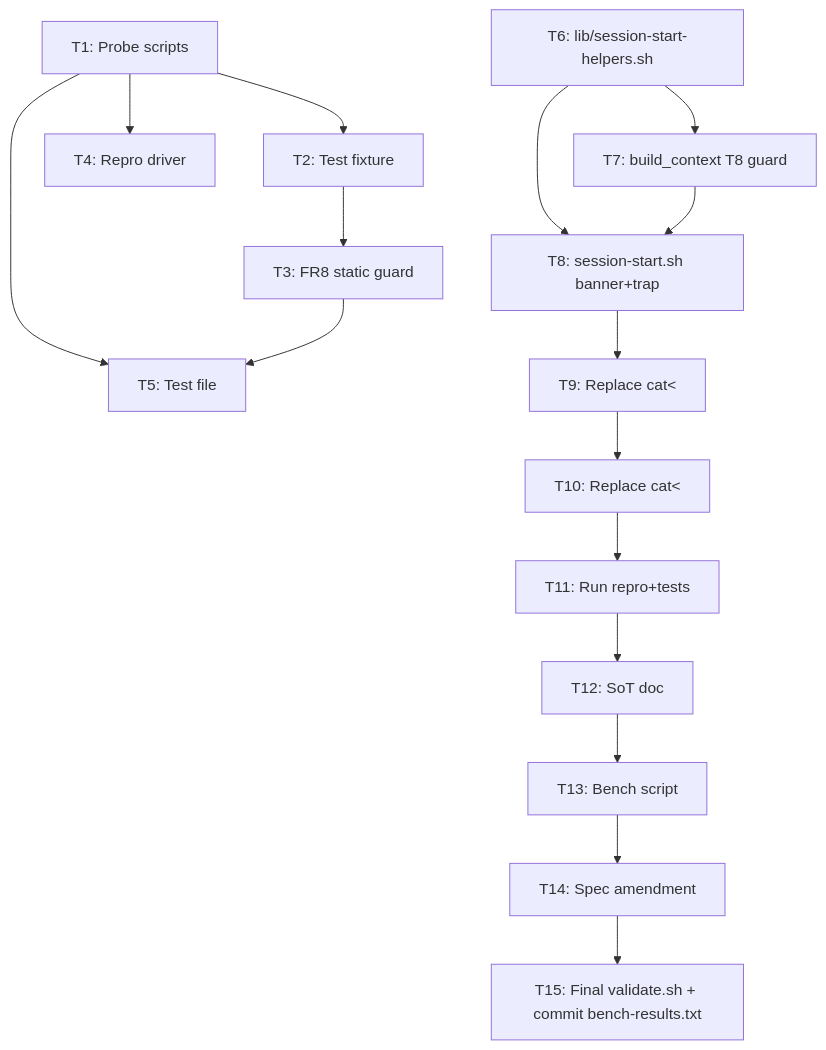
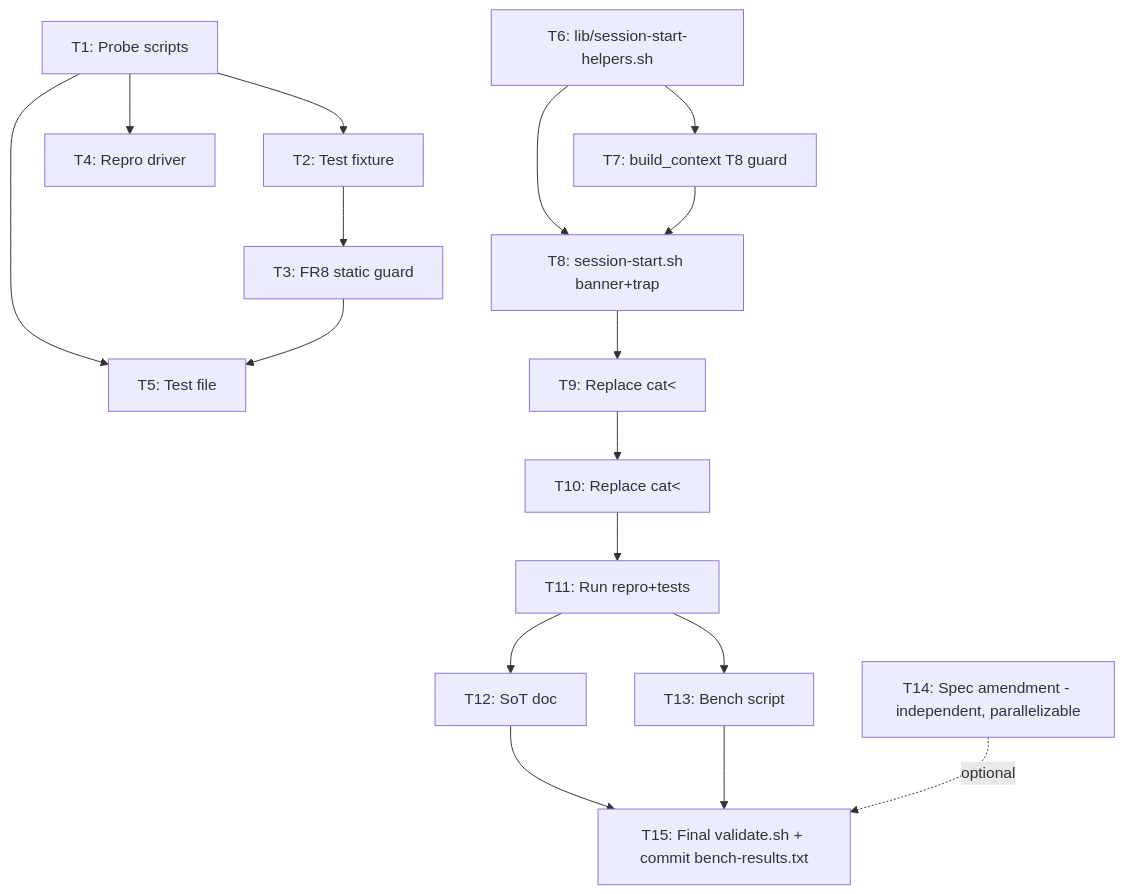
The diagram in docs/features/107-fix-sessionstart-broken-pipe/plan.md (clthuang/pedantic-drip), drawn with Mermaid before and after one commit. The commit also changed 2 other files, not shown here.

Commit message:
pd: chain review iteration 1

````diff
--- a/docs/features/107-fix-sessionstart-broken-pipe/plan.md
+++ b/docs/features/107-fix-sessionstart-broken-pipe/plan.md
@@ -26,18 +26,20 @@
 ```mermaid
 graph TD
     T1[T1: Probe scripts] --> T2[T2: Test fixture]
     T2 --> T3[T3: FR8 static guard]
     T1 --> T4[T4: Repro driver]
     T1 --> T5[T5: Test file]
     T3 --> T5
     T6[T6: lib/session-start-helpers.sh] --> T7[T7: build_context T8 guard]
     T6 --> T8[T8: session-start.sh banner+trap]
     T7 --> T8
     T8 --> T9[T9: Replace cat<<EOF L807]
     T9 --> T10[T10: Replace cat<<EOF L922]
     T10 --> T11[T11: Run repro+tests]
     T11 --> T12[T12: SoT doc]
-    T12 --> T13[T13: Bench script]
-    T13 --> T14[T14: Spec amendment]
-    T14 --> T15[T15: Final validate.sh + commit bench-results.txt]
+    T11 --> T13[T13: Bench script]
+    T14[T14: Spec amendment - independent, parallelizable]
+    T12 --> T15[T15: Final validate.sh + commit bench-results.txt]
+    T13 --> T15
+    T14 -.optional.-> T15
 ```
````
